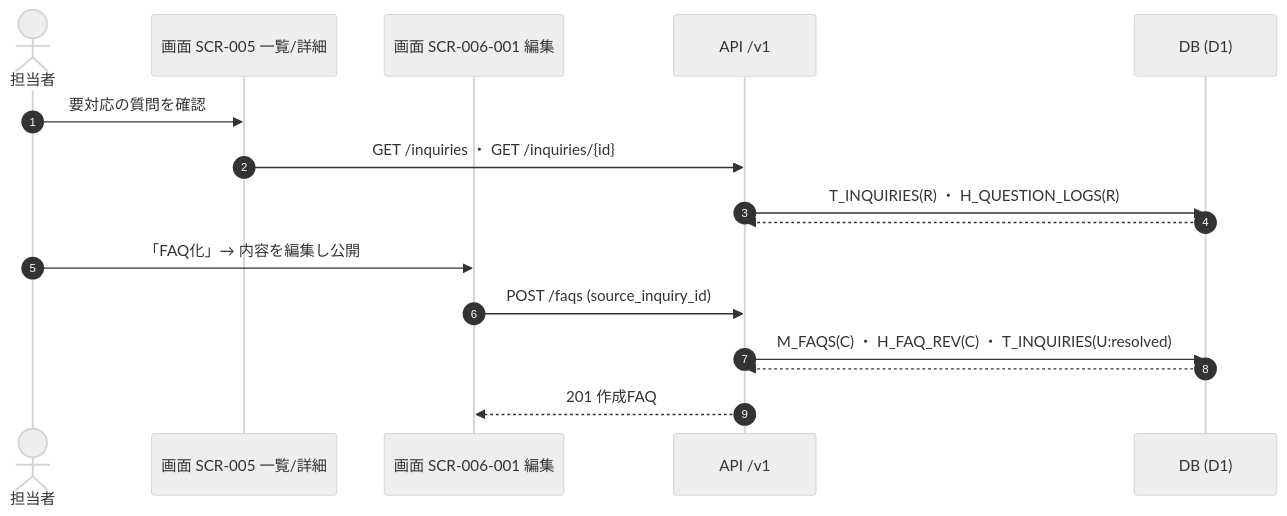
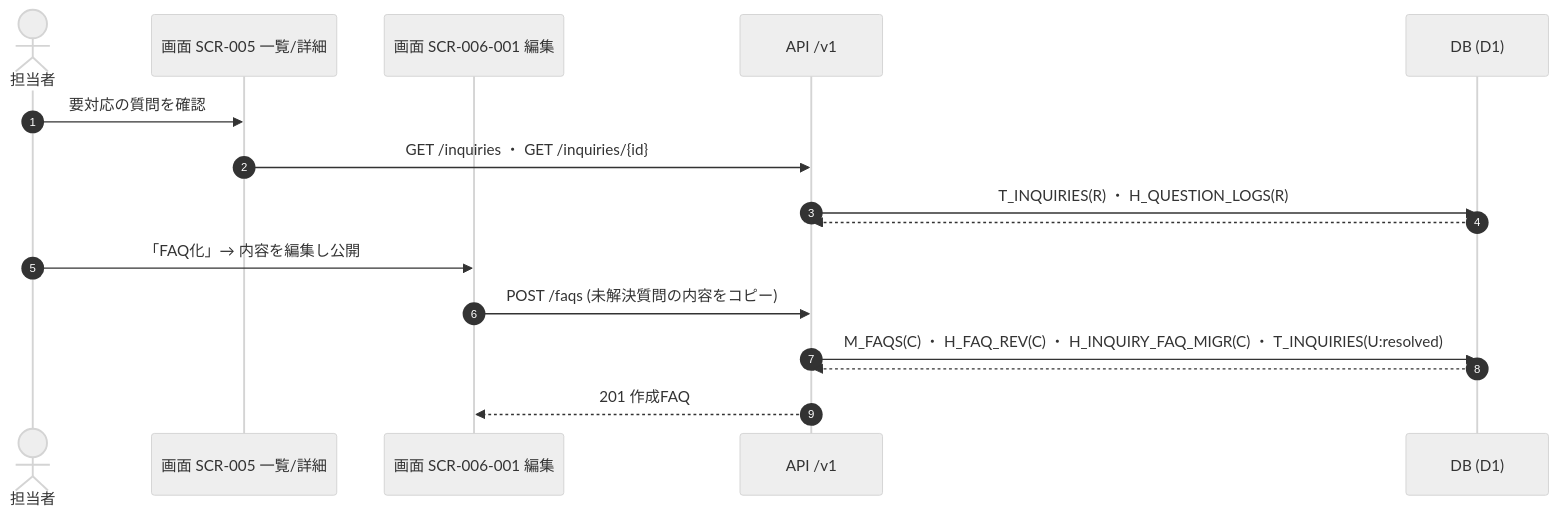
One commit to sikakou54/open-faq changed the eighth of 10 diagrams in 02_basic-design/04_usecase-design.md. Above: the diagram before and after it, drawn with Mermaid (neutral theme). The commit also changed 5 other files, not shown here.

First line of the commit message:
DB設計: M_FAQSからcontract_id/source_inquiry_idを削除し、FAQ化を履歴テーブル化

````diff
--- a/02_basic-design/04_usecase-design.md
+++ b/02_basic-design/04_usecase-design.md
@@ -344,18 +344,18 @@
 ```mermaid
 sequenceDiagram
   autonumber
   actor M as 担当者
   participant S5 as 画面 SCR-005 一覧/詳細
   participant SE as 画面 SCR-006-001 編集
   participant API as API /v1
   participant DB as DB (D1)
   M->>S5: 要対応の質問を確認
   S5->>API: GET /inquiries ・ GET /inquiries/{id}
   API->>DB: T_INQUIRIES(R) ・ H_QUESTION_LOGS(R)
   DB-->>API: 
   M->>SE: 「FAQ化」→ 内容を編集し公開
-  SE->>API: POST /faqs (source_inquiry_id)
-  API->>DB: M_FAQS(C) ・ H_FAQ_REV(C) ・ T_INQUIRIES(U:resolved)
+  SE->>API: POST /faqs (未解決質問の内容をコピー)
+  API->>DB: M_FAQS(C) ・ H_FAQ_REV(C) ・ H_INQUIRY_FAQ_MIGR(C) ・ T_INQUIRIES(U:resolved)
   DB-->>API: 
   API-->>SE: 201 作成FAQ
 ```
````
